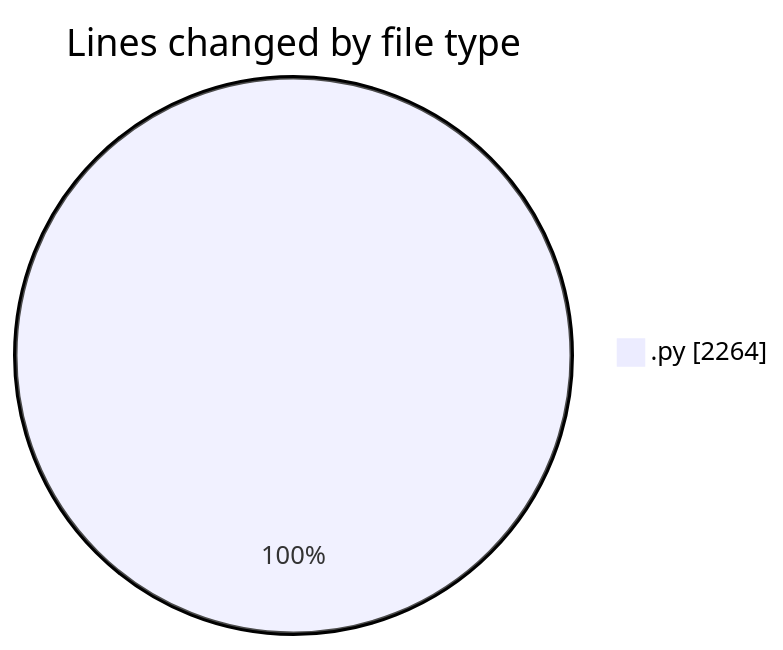
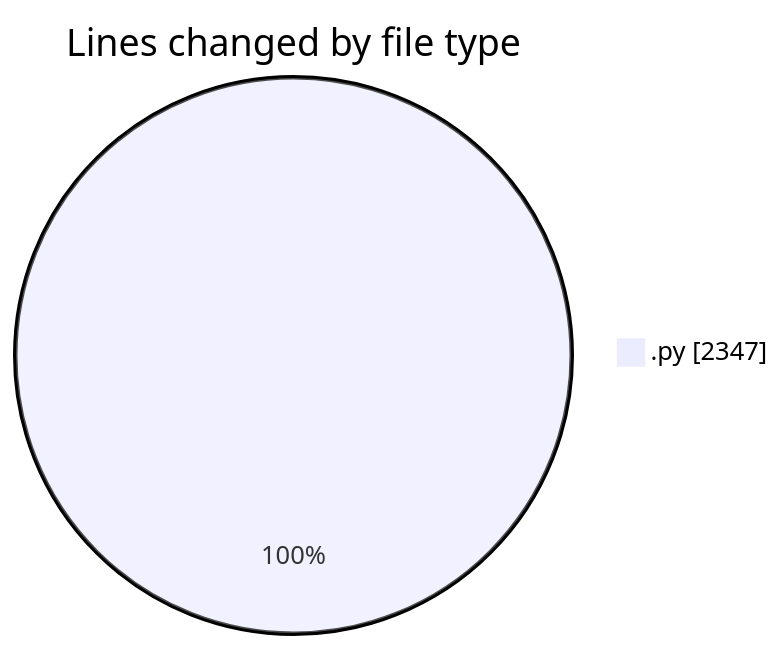
One commit to MatusMokan/code-tracking changed the first of 2 diagrams in 2025-04-19/myws__workspace_/README.md. Above: the diagram before and after it, drawn with Mermaid. The commit also changed other lines of this file and 1 other file, not shown here.

````diff
--- a/2025-04-19/myws__workspace_/README.md
+++ b/2025-04-19/myws__workspace_/README.md
@@ -24,5 +24,5 @@
 ```mermaid
 pie showData
 title Lines changed by file type
-".py" : 2264
+".py" : 2347
 ```
````
